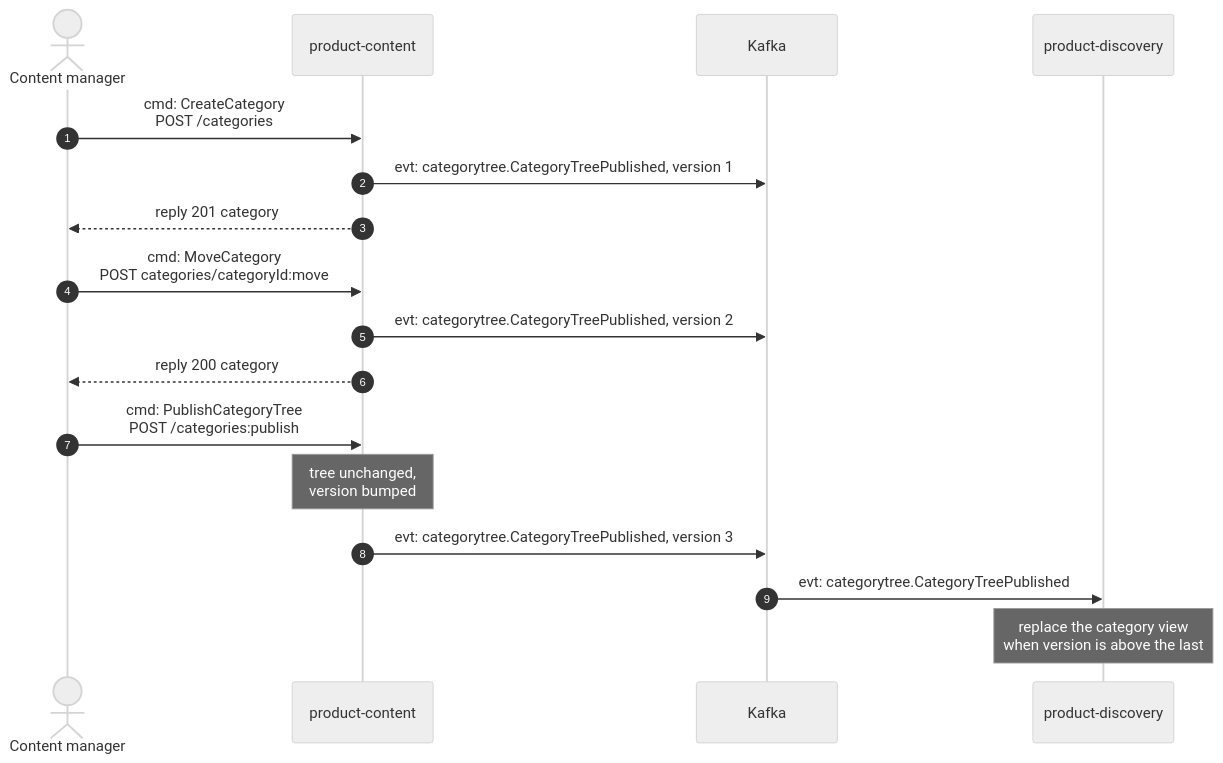
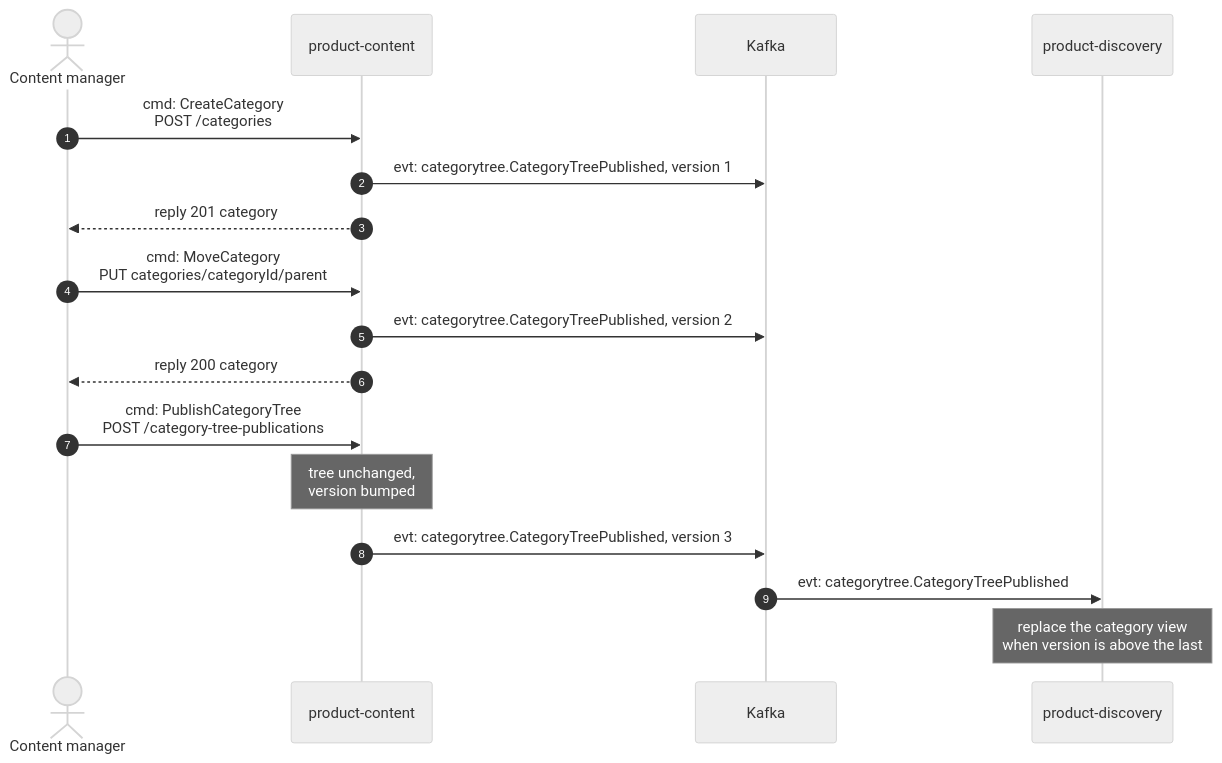
Before and after one commit to IQVO/product-content: the third of 5 diagrams in docs/docs/ddd/domain-message-flow.md, drawn with Mermaid (neutral theme). The commit also changed other lines of this file and 53 other files, not shown here.

````diff
--- a/docs/docs/ddd/domain-message-flow.md
+++ b/docs/docs/ddd/domain-message-flow.md
@@ -80,19 +80,19 @@
 ```mermaid
 sequenceDiagram
     autonumber
     actor CM as Content manager
     participant PC as product-content
     participant K as Kafka
     participant PD as product-discovery
     CM->>PC: cmd: CreateCategory<br/>POST /categories
     PC->>K: evt: categorytree.CategoryTreePublished, version 1
     PC-->>CM: reply 201 category
-    CM->>PC: cmd: MoveCategory<br/>POST categories/categoryId:move
+    CM->>PC: cmd: MoveCategory<br/>PUT categories/categoryId/parent
     PC->>K: evt: categorytree.CategoryTreePublished, version 2
     PC-->>CM: reply 200 category
-    CM->>PC: cmd: PublishCategoryTree<br/>POST /categories:publish
+    CM->>PC: cmd: PublishCategoryTree<br/>POST /category-tree-publications
     Note over PC: tree unchanged,<br/>version bumped
     PC->>K: evt: categorytree.CategoryTreePublished, version 3
     K->>PD: evt: categorytree.CategoryTreePublished
     Note over PD: replace the category view<br/>when version is above the last
 ```
````
